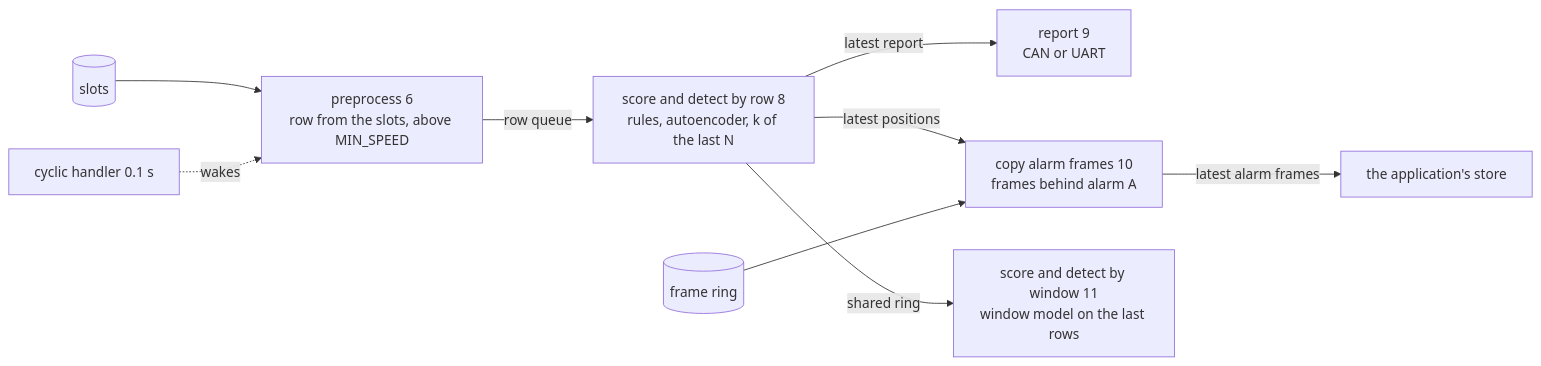
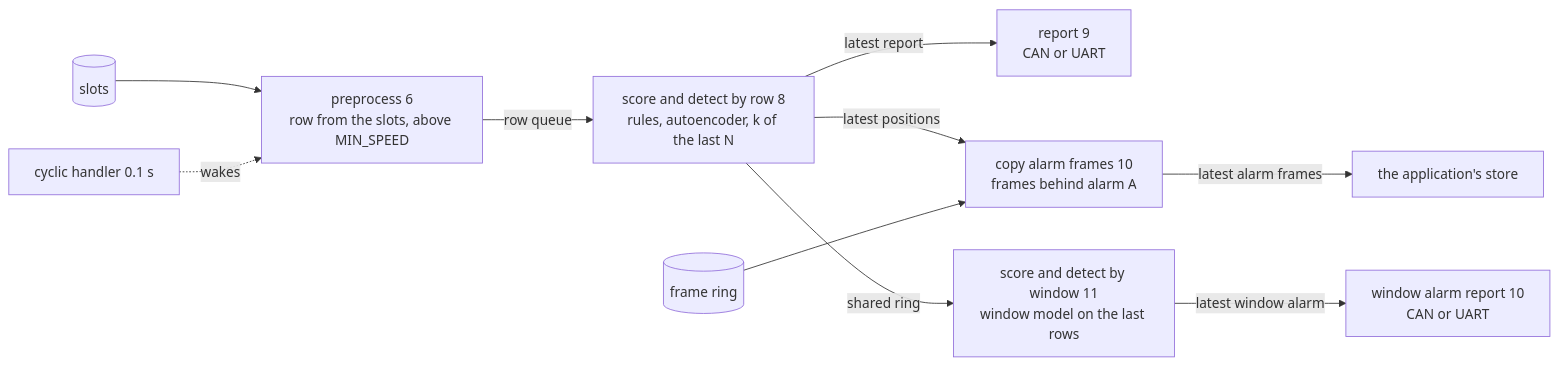
One commit to asana17/ai_can_anomaly_detection changed the diagram in board/lib/ai_can_anomaly_detection_tasks/README.md. Above: the diagram before and after it, drawn with Mermaid. The commit also changed other lines of this file and 9 other files, not shown here.

Commit message:
feat(board): raise the window alarm from the window scores

````diff
--- a/board/lib/ai_can_anomaly_detection_tasks/README.md
+++ b/board/lib/ai_can_anomaly_detection_tasks/README.md
@@ -12,11 +13,12 @@
 ```mermaid
 flowchart LR
     slots[(slots)] --> pre["preprocess 6<br/>row from the slots, above MIN_SPEED"]
     tick[cyclic handler 0.1 s] -. wakes .-> pre
     pre -- row queue --> sd["score and detect by row 8<br/>rules, autoencoder, k of the last N"]
     sd -- latest report --> report["report 9<br/>CAN or UART"]
     sd -- latest positions --> copy["copy alarm frames 10<br/>frames behind alarm A"]
     frames[(frame ring)] --> copy
     copy -- latest alarm frames --> store["the application's store"]
     sd -- shared ring --> win["score and detect by window 11<br/>window model on the last rows"]
+    win -- latest window alarm --> window_report["window alarm report 10<br/>CAN or UART"]
 ```
````
